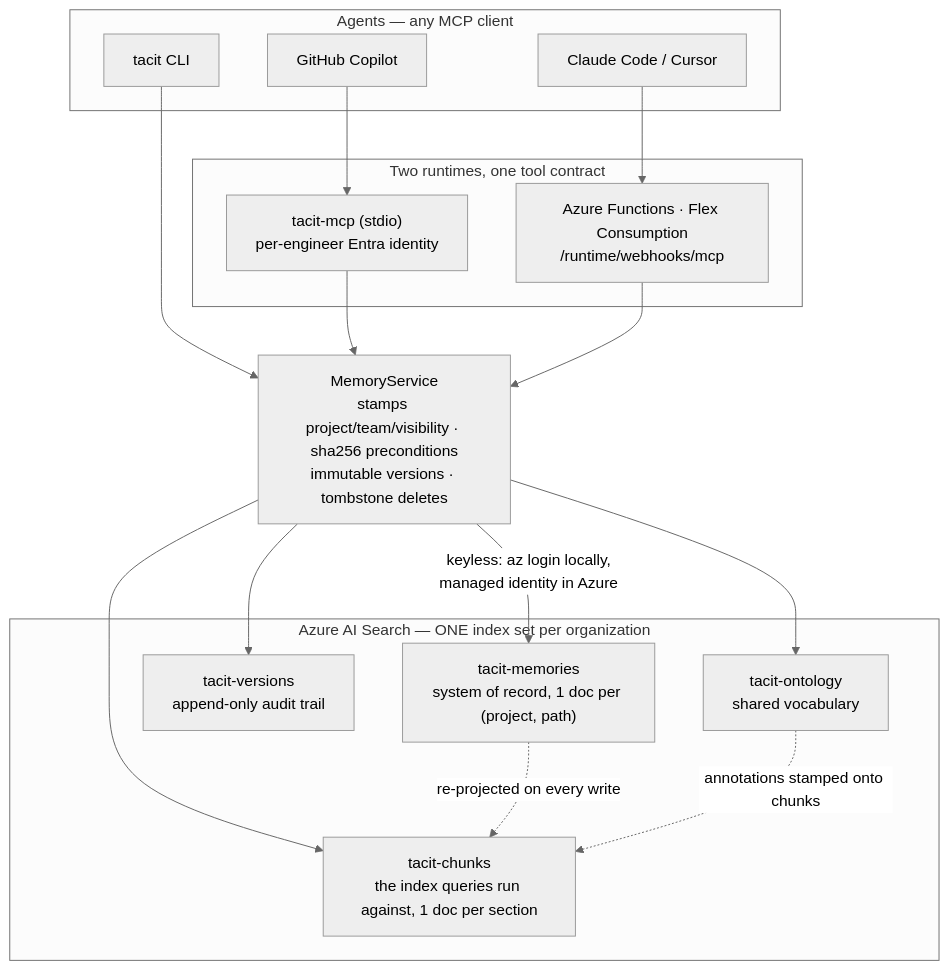
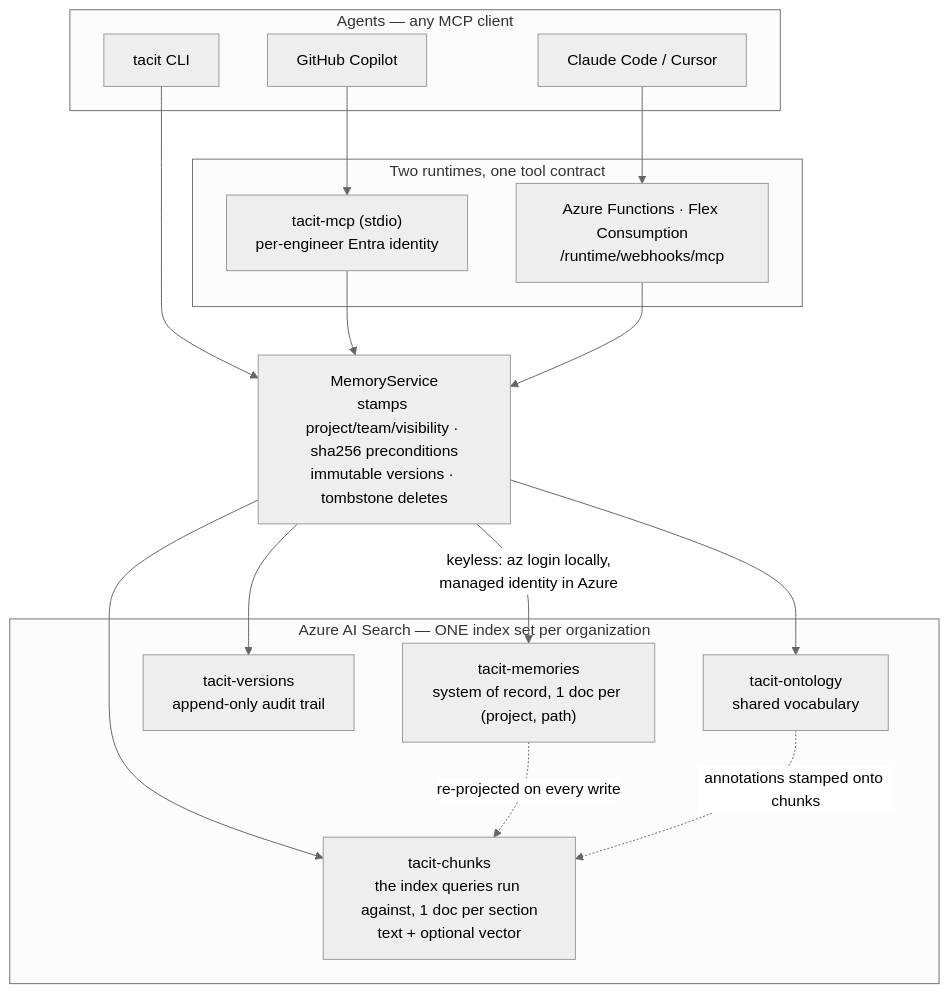
One commit to lordlinus/tacit changed the first of 2 diagrams in README.md. Above: the diagram before and after it, drawn with Mermaid (neutral theme). The commit also changed other lines of this file and 10 other files, not shown here.

````diff
--- a/README.md
+++ b/README.md
@@ -28,35 +28,35 @@
 ```mermaid
 flowchart TB
     subgraph clients["Agents — any MCP client"]
         GHCP["GitHub Copilot"]
         CC["Claude Code / Cursor"]
         CLI["tacit CLI"]
     end
 
     subgraph transport["Two runtimes, one tool contract"]
         STDIO["tacit-mcp (stdio)<br/>per-engineer Entra identity"]
         FUNC["Azure Functions · Flex Consumption<br/>/runtime/webhooks/mcp"]
     end
 
     SVC["MemoryService<br/>stamps project/team/visibility · sha256 preconditions<br/>immutable versions · tombstone deletes"]
 
     subgraph idx["Azure AI Search — ONE index set per organization"]
         M["tacit-memories<br/>system of record, 1 doc per (project, path)"]
-        C["tacit-chunks<br/>the index queries run against, 1 doc per section"]
+        C["tacit-chunks<br/>the index queries run against, 1 doc per section<br/>text + optional vector"]
         V["tacit-versions<br/>append-only audit trail"]
         O["tacit-ontology<br/>shared vocabulary"]
     end
 
     GHCP --> STDIO
     CC --> FUNC
     CLI --> SVC
     STDIO --> SVC
     FUNC --> SVC
 
     SVC -->|keyless: az login locally,<br/>managed identity in Azure| M
     SVC --> V
     SVC --> C
     SVC --> O
     M -.->|re-projected on every write| C
     O -.->|annotations stamped onto chunks| C
 ```
````
